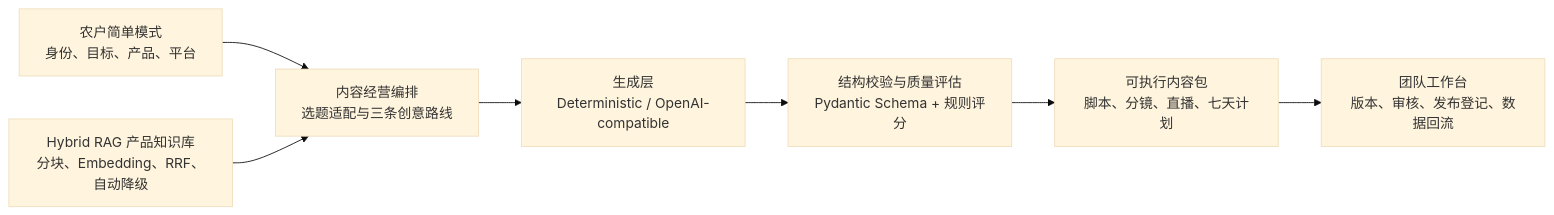
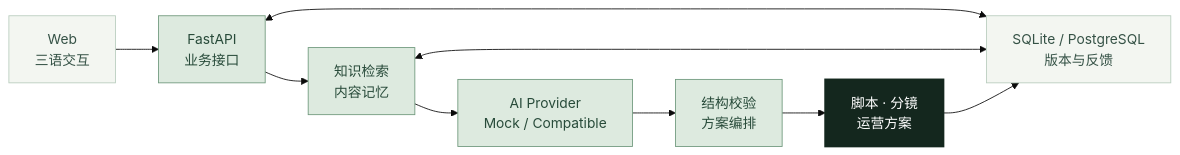
Before and after one commit to KayZhongyi/heyu-ai: the second of 2 diagrams in README.md, drawn with Mermaid (base theme). The commit also changed other lines of this file and 7 other files, not shown here.

````diff
--- a/README.md
+++ b/README.md
@@ -251,9 +282,20 @@
 ```mermaid
 flowchart LR
-    A["农户简单模式<br/>身份、目标、产品、平台"] --> B["内容经营编排<br/>选题适配与三条创意路线"]
-    K["Hybrid RAG 产品知识库<br/>分块、Embedding、RRF、自动降级"] --> B
-    B --> C["生成层<br/>Deterministic / OpenAI-compatible"]
-    C --> D["结构校验与质量评估<br/>Pydantic Schema + 规则评分"]
-    D --> E["可执行内容包<br/>脚本、分镜、直播、七天计划"]
-    E --> F["团队工作台<br/>版本、审核、发布登记、数据回流"]
+    A["Web<br/>三语交互"]:::edge
+    B["FastAPI<br/>业务接口"]:::core
+    C["知识检索<br/>内容记忆"]:::core
+    D["AI Provider<br/>Mock / Compatible"]:::core
+    E["结构校验<br/>方案编排"]:::core
+    F["SQLite / PostgreSQL<br/>版本与反馈"]:::edge
+    G["脚本 · 分镜<br/>运营方案"]:::focus
+
+    A --> B
+    B --> C --> D --> E --> G
+    B <--> F
+    C <--> F
+    G --> F
+
+    classDef edge fill:#F3F6F1,stroke:#B9CDBE,color:#355246;
+    classDef core fill:#DDEADF,stroke:#6F987C,color:#284B3A;
+    classDef focus fill:#14271E,stroke:#14271E,color:#FFFFFF,stroke-width:2px;
 ```
````
